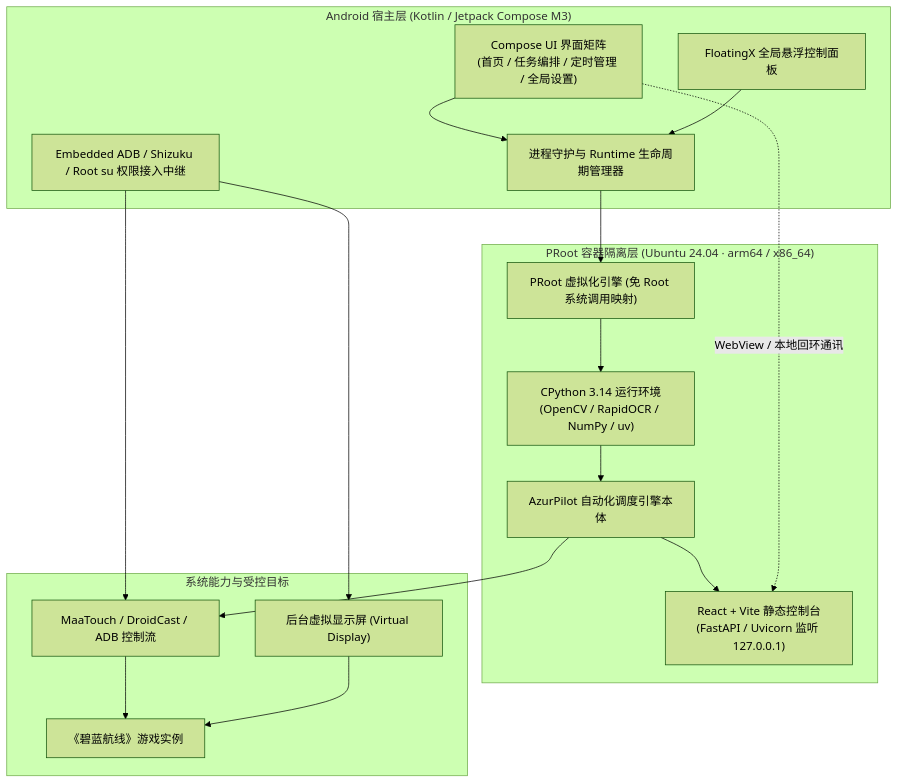
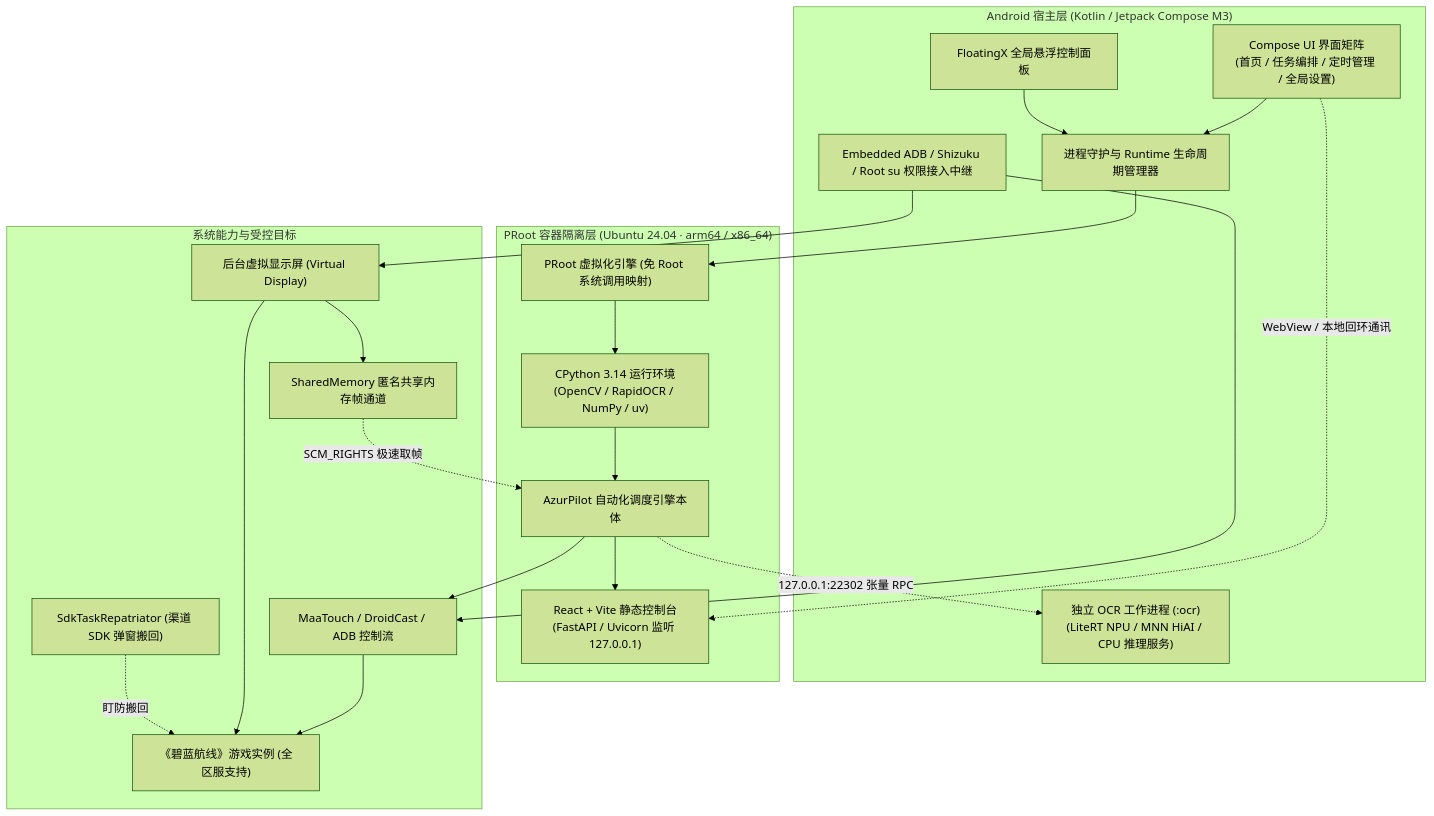
Before and after one commit to 58383050/AzurPilot-for-Android: the diagram in README.md, drawn with Mermaid (forest theme). The commit also changed other lines of this file and 3 other files, not shown here.

````diff
--- a/README.md
+++ b/README.md
@@ -306,35 +352,42 @@
 ```mermaid
 graph TD
     subgraph AndroidHost ["Android 宿主层 (Kotlin / Jetpack Compose M3)"]
         UI["Compose UI 界面矩阵\n(首页 / 任务编排 / 定时管理 / 全局设置)"]
         Overlay["FloatingX 全局悬浮控制面板"]
         Lifecycle["进程守护与 Runtime 生命周期管理器"]
         Bridge["Embedded ADB / Shizuku / Root su 权限接入中继"]
+        OCRWorker["独立 OCR 工作进程 (:ocr)\n(LiteRT NPU / MNN HiAI / CPU 推理服务)"]
     end
 
     subgraph Container ["PRoot 容器隔离层 (Ubuntu 24.04 · arm64 / x86_64)"]
         PROOT["PRoot 虚拟化引擎 (免 Root 系统调用映射)"]
         ENV["CPython 3.14 运行环境\n(OpenCV / RapidOCR / NumPy / uv)"]
         CORE["AzurPilot 自动化调度引擎本体"]
         WEB["React + Vite 静态控制台\n(FastAPI / Uvicorn 监听 127.0.0.1)"]
     end
 
     subgraph DeviceTarget ["系统能力与受控目标"]
         VDisplay["后台虚拟显示屏 (Virtual Display)"]
+        Repatriator["SdkTaskRepatriator (渠道 SDK 弹窗搬回)"]
         InputService["MaaTouch / DroidCast / ADB 控制流"]
-        GameApp["《碧蓝航线》游戏实例"]
+        ShmChannel["SharedMemory 匿名共享内存帧通道"]
+        GameApp["《碧蓝航线》游戏实例 (全区服支持)"]
     end
 
     UI --> Lifecycle
     Overlay --> Lifecycle
     Lifecycle --> PROOT
     PROOT --> ENV
     ENV --> CORE
     CORE --> WEB
     UI -. "WebView / 本地回环通讯" .-> WEB
     Bridge --> InputService
     Bridge --> VDisplay
     InputService --> GameApp
     VDisplay --> GameApp
+    Repatriator -. "盯防搬回" .-> GameApp
     CORE --> InputService
+    VDisplay --> ShmChannel
+    ShmChannel -. "SCM_RIGHTS 极速取帧" .-> CORE
+    CORE -. "127.0.0.1:22302 张量 RPC" .-> OCRWorker
 ```
````
